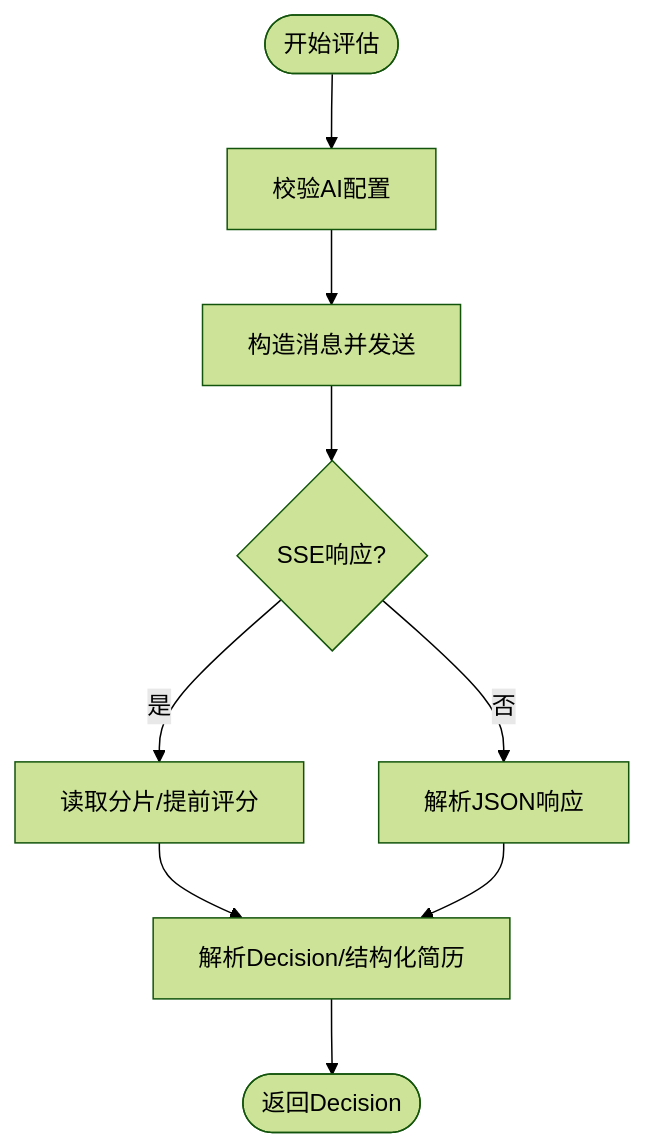
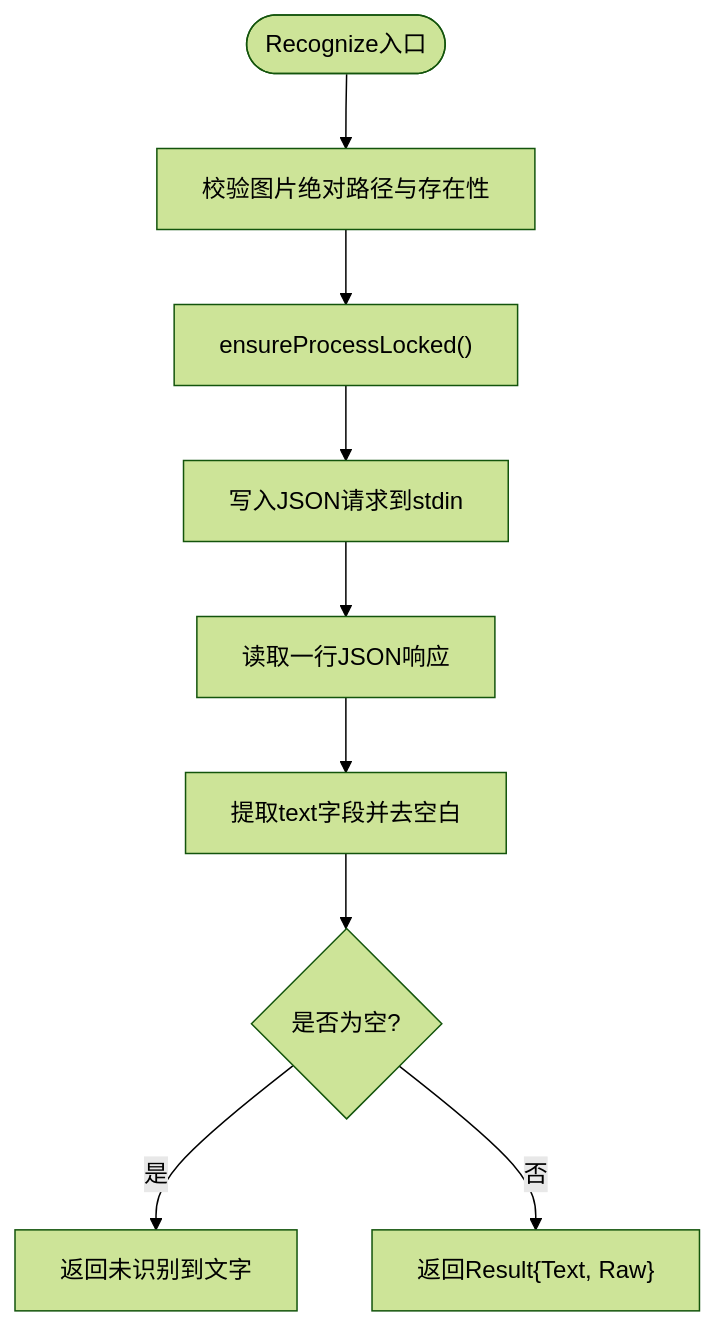
The fifth of 6 diagrams in .qoder/repowiki/zh/content/系统架构/本地Agent架构/系统集成.md (alvinwangzi/goodhr), drawn with Mermaid (forest theme) before and after one commit. The commit also changed other lines of this file and 149 other files, not shown here.

````diff
--- a/.qoder/repowiki/zh/content/系统架构/本地Agent架构/系统集成.md
+++ b/.qoder/repowiki/zh/content/系统架构/本地Agent架构/系统集成.md
@@ -220,11 +207,11 @@
 ```mermaid
 flowchart TD
-Start(["开始评估"]) --> Ready["校验AI配置"]
-Ready --> Chat["构造消息并发送"]
-Chat --> Stream{"SSE响应?"}
-Stream -- 是 --> ReadStream["读取分片/提前评分"]
-Stream -- 否 --> ReadJSON["解析JSON响应"]
-ReadStream --> Parse["解析Decision/结构化简历"]
-ReadJSON --> Parse
-Parse --> End(["返回Decision"])
+RStart(["Recognize入口"]) --> CheckPath["校验图片绝对路径与存在性"]
+CheckPath --> EnsureProc["ensureProcessLocked()"]
+EnsureProc --> WriteReq["写入JSON请求到stdin"]
+WriteReq --> ReadResp["读取一行JSON响应"]
+ReadResp --> ExtractText["提取text字段并去空白"]
+ExtractText --> Empty{"是否为空?"}
+Empty -- 是 --> ErrEmpty["返回未识别到文字"]
+Empty -- 否 --> ReturnRes["返回Result{Text, Raw}"]
 ```
````
